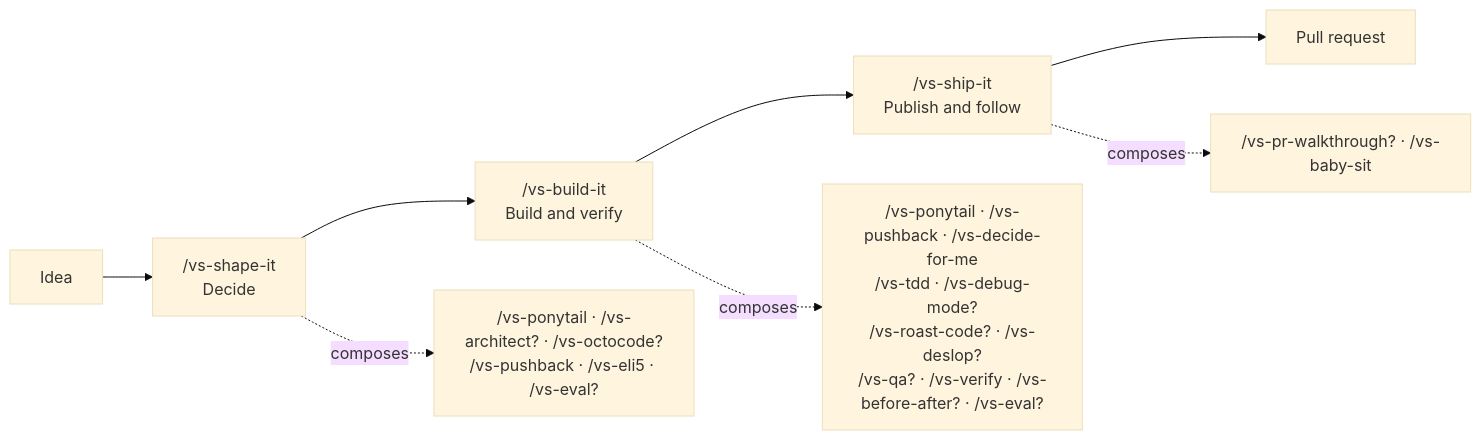
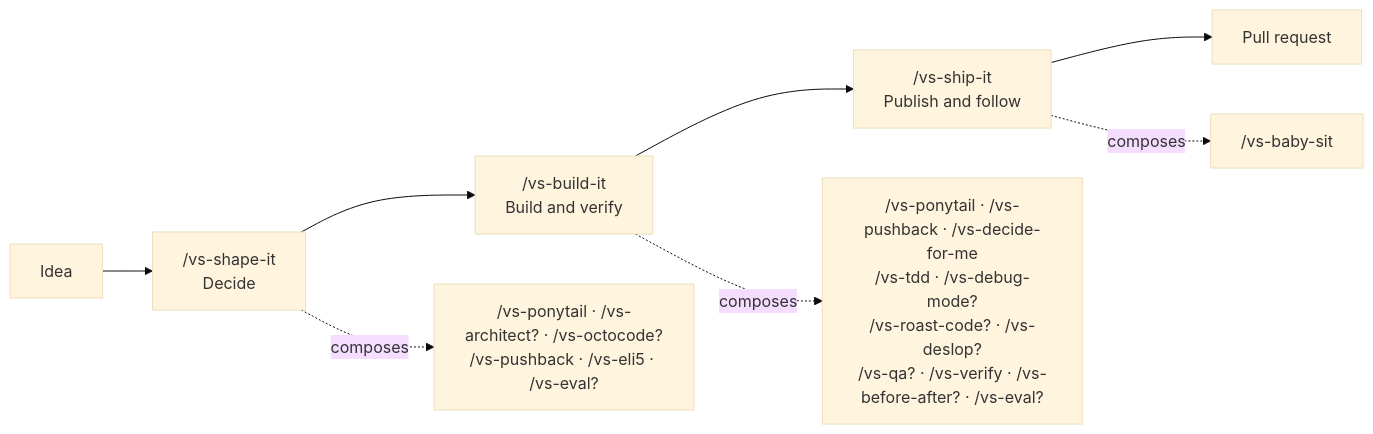
The first of 4 diagrams in README.md (vltansky/vs), drawn with Mermaid (base theme) before and after one commit. The commit also changed other lines of this file and 27 other files, not shown here.

````diff
--- a/README.md
+++ b/README.md
@@ -34,10 +34,10 @@
 ```mermaid
 flowchart LR
     I[Idea] --> S["/vs-shape-it<br/>Decide"] --> B["/vs-build-it<br/>Build and verify"]
     B --> P["/vs-ship-it<br/>Publish and follow"]
     P --> O[Pull request]
 
     S -. composes .-> SC["/vs-ponytail · /vs-architect? · /vs-octocode?<br/>/vs-pushback · /vs-eli5 · /vs-eval?"]
     B -. composes .-> BC["/vs-ponytail · /vs-pushback · /vs-decide-for-me<br/>/vs-tdd · /vs-debug-mode?<br/>/vs-roast-code? · /vs-deslop?<br/>/vs-qa? · /vs-verify · /vs-before-after? · /vs-eval?"]
-    P -. composes .-> PC["/vs-pr-walkthrough? · /vs-baby-sit"]
+    P -. composes .-> PC["/vs-baby-sit"]
 ```
````
